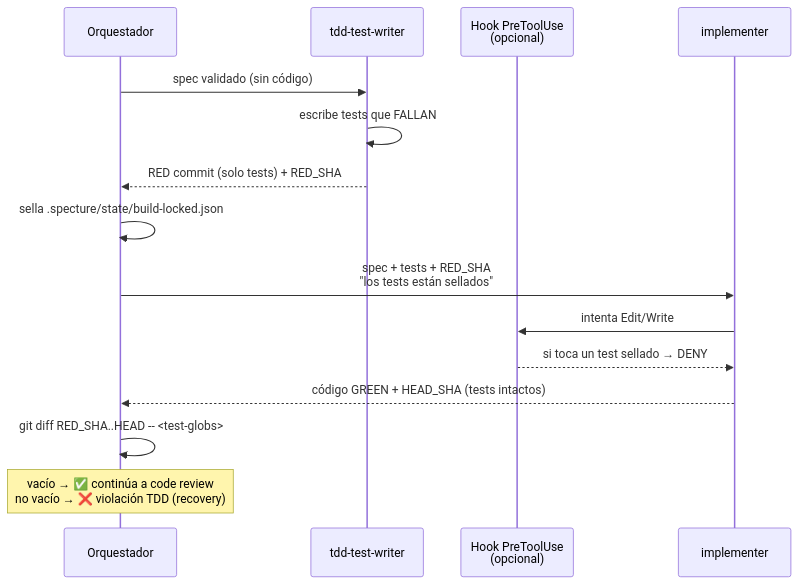
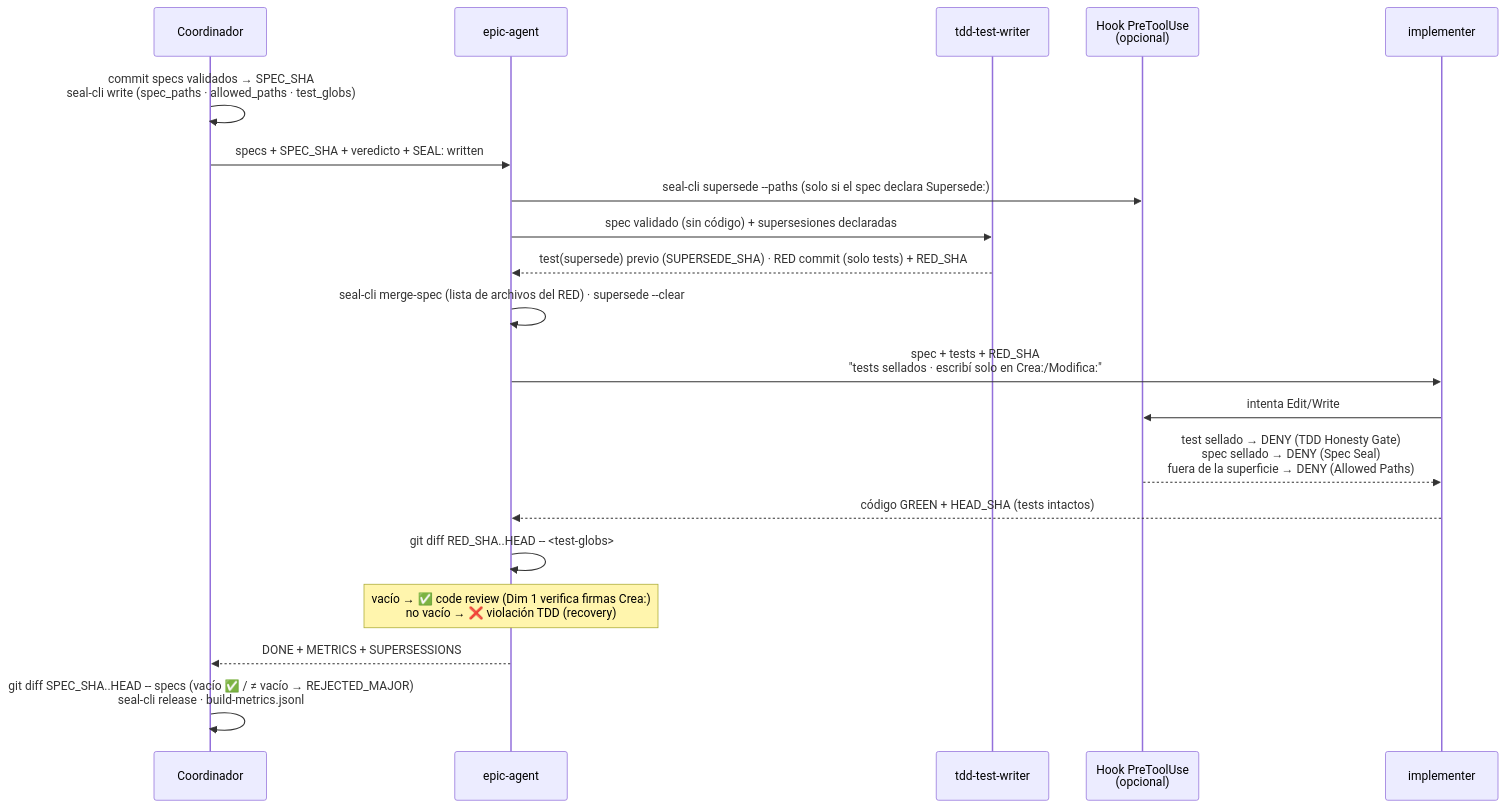
Before and after one commit to FerEscobarDev/Specture: the sixth of 19 diagrams in docs/execution-flows.md, drawn with Mermaid. The commit also changed other lines of this file and 9 other files, not shown here.

````diff
--- a/docs/execution-flows.md
+++ b/docs/execution-flows.md
@@ -209,18 +219,23 @@
 ```mermaid
 sequenceDiagram
-    participant O as Orquestador
+    participant C as Coordinador
+    participant O as epic-agent
     participant TW as tdd-test-writer
     participant H as Hook PreToolUse<br/>(opcional)
     participant IM as implementer
 
-    O->>TW: spec validado (sin código)
-    TW->>TW: escribe tests que FALLAN
-    TW-->>O: RED commit (solo tests) + RED_SHA
-    O->>O: sella .specture/state/build-locked.json
-    O->>IM: spec + tests + RED_SHA<br/>"los tests están sellados"
+    C->>C: commit specs validados → SPEC_SHA<br/>seal-cli write (spec_paths · allowed_paths · test_globs)
+    C->>O: specs + SPEC_SHA + veredicto + SEAL: written
+    O->>H: seal-cli supersede --paths (solo si el spec declara Supersede:)
+    O->>TW: spec validado (sin código) + supersesiones declaradas
+    TW-->>O: test(supersede) previo (SUPERSEDE_SHA) · RED commit (solo tests) + RED_SHA
+    O->>O: seal-cli merge-spec (lista de archivos del RED) · supersede --clear
+    O->>IM: spec + tests + RED_SHA<br/>"tests sellados · escribí solo en Crea:/Modifica:"
     IM->>H: intenta Edit/Write
-    H-->>IM: si toca un test sellado → DENY
+    H-->>IM: test sellado → DENY (TDD Honesty Gate)<br/>spec sellado → DENY (Spec Seal)<br/>fuera de la superficie → DENY (Allowed Paths)
     IM-->>O: código GREEN + HEAD_SHA (tests intactos)
     O->>O: git diff RED_SHA..HEAD -- <test-globs>
-    Note over O: vacío → ✅ continúa a code review<br/>no vacío → ❌ violación TDD (recovery)
+    Note over O: vacío → ✅ code review (Dim 1 verifica firmas Crea:)<br/>no vacío → ❌ violación TDD (recovery)
+    O-->>C: DONE + METRICS + SUPERSESSIONS
+    C->>C: git diff SPEC_SHA..HEAD -- specs (vacío ✅ / ≠ vacío → REJECTED_MAJOR)<br/>seal-cli release · build-metrics.jsonl
 ```
````
